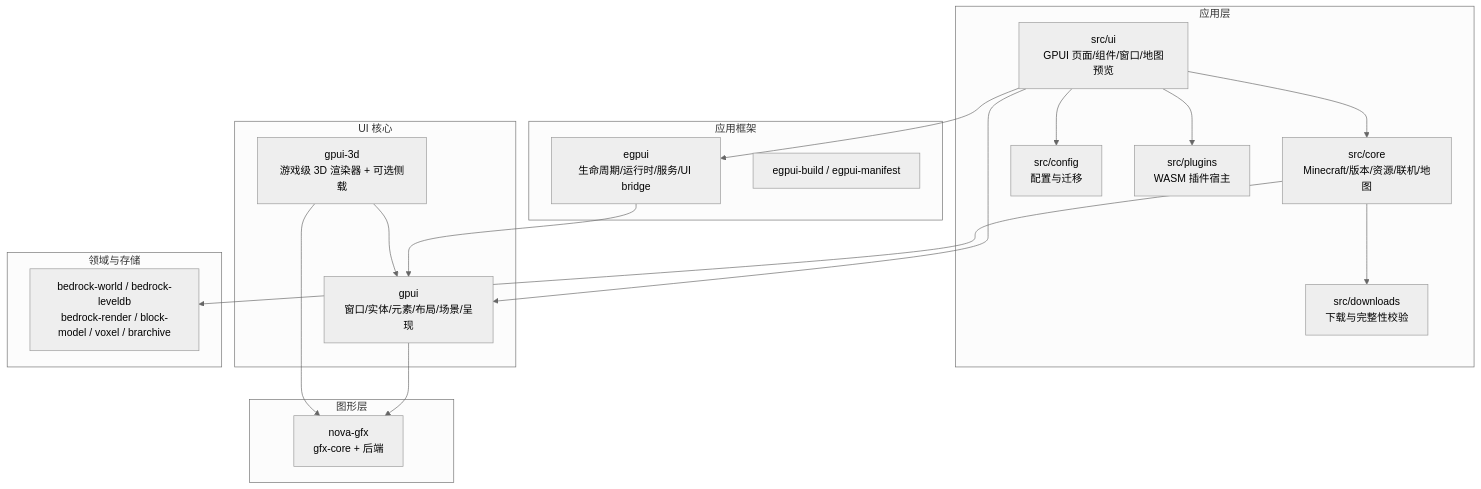
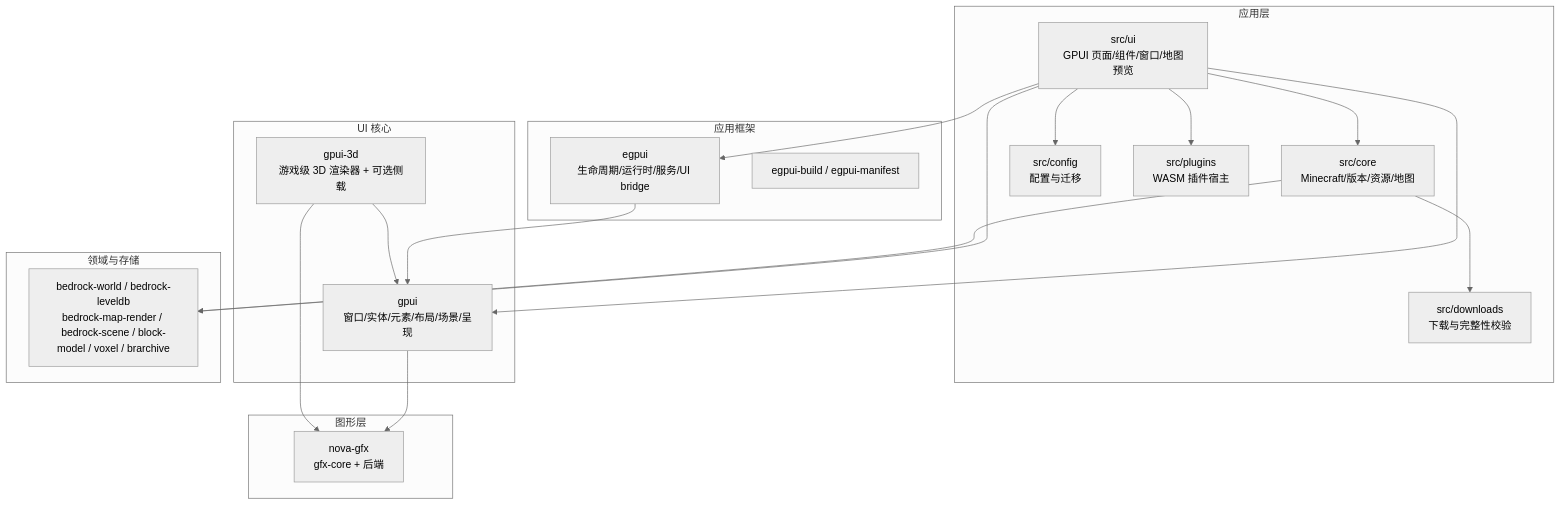
Before and after one commit to Chlna6666/Better-Minecraft-Bedrock-Launcher: the diagram in docs/ARCHITECTURE.md, drawn with Mermaid (neutral theme). The commit also changed other lines of this file and 11 other files, not shown here.

First line of the commit message:
docs(architecture): describe the scene split and plugin native ABI

````diff
--- a/docs/ARCHITECTURE.md
+++ b/docs/ARCHITECTURE.md
@@ -8,35 +8,36 @@
 ```mermaid
 flowchart TB
     subgraph App["应用层"]
         UI["src/ui\nGPUI 页面/组件/窗口/地图预览"]
-        Core["src/core\nMinecraft/版本/资源/联机/地图"]
+        Core["src/core\nMinecraft/版本/资源/地图"]
         Downloads["src/downloads\n下载与完整性校验"]
         Config["src/config\n配置与迁移"]
         Plugins["src/plugins\nWASM 插件宿主"]
     end
     subgraph Framework["应用框架"]
         Egpui["egpui\n生命周期/运行时/服务/UI bridge"]
         EgpuiBuild["egpui-build / egpui-manifest"]
     end
     subgraph UiCore["UI 核心"]
         Gpui["gpui\n窗口/实体/元素/布局/场景/呈现"]
         Gpui3d["gpui-3d\n游戏级 3D 渲染器 + 可选侧载"]
     end
     subgraph Gfx["图形层"]
         Nova["nova-gfx\ngfx-core + 后端"]
     end
     subgraph Domain["领域与存储"]
-        Bedrock["bedrock-world / bedrock-leveldb\nbedrock-render / block-model / voxel / brarchive"]
+        Bedrock["bedrock-world / bedrock-leveldb\nbedrock-map-render / bedrock-scene / block-model / voxel / brarchive"]
     end
     UI --> Core
+    UI --> Bedrock
     UI --> Config
     UI --> Plugins
     Core --> Downloads
     UI --> Gpui
     UI --> Egpui
     Egpui --> Gpui
     Gpui --> Nova
     Gpui3d --> Gpui
     Gpui3d --> Nova
     Core --> Bedrock
 ```
````
